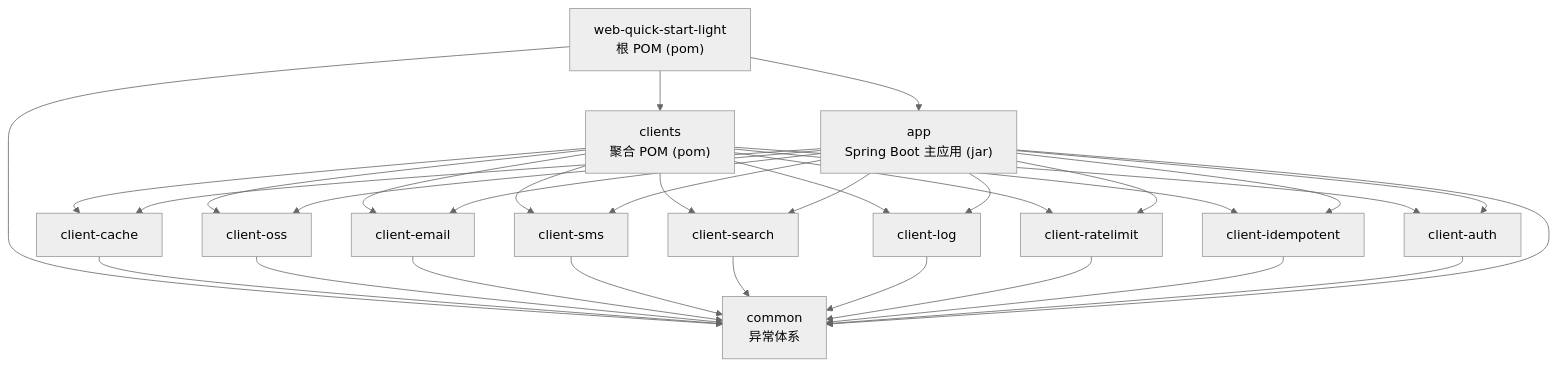
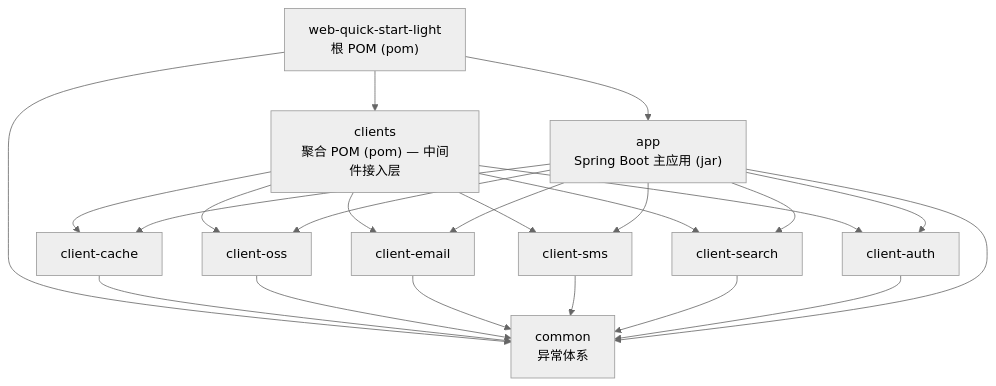
Before and after one commit to LeoNardo-LB/web-quick-start-light: the first of 2 diagrams in docs/architecture/module-structure.md, drawn with Mermaid (neutral theme). The commit also changed other lines of this file and 134 other files, not shown here.

````diff
--- a/docs/architecture/module-structure.md
+++ b/docs/architecture/module-structure.md
@@ -40,42 +38,33 @@
 ```mermaid
 graph TD
     ROOT["web-quick-start-light<br/>根 POM (pom)"]
     COMMON["common<br/>异常体系"]
-    CLIENTS["clients<br/>聚合 POM (pom)"]
+    CLIENTS["clients<br/>聚合 POM (pom) — 中间件接入层"]
     APP["app<br/>Spring Boot 主应用 (jar)"]
 
     ROOT --> COMMON
     ROOT --> CLIENTS
     ROOT --> APP
 
     CLIENTS --> CACHE["client-cache"]
     CLIENTS --> OSS["client-oss"]
     CLIENTS --> EMAIL["client-email"]
     CLIENTS --> SMS["client-sms"]
     CLIENTS --> SEARCH["client-search"]
-    CLIENTS --> LOG["client-log"]
-    CLIENTS --> RATE["client-ratelimit"]
-    CLIENTS --> IDEM["client-idempotent"]
     CLIENTS --> AUTH["client-auth"]
 
     CACHE --> COMMON
     OSS --> COMMON
     EMAIL --> COMMON
     SMS --> COMMON
     SEARCH --> COMMON
-    LOG --> COMMON
-    RATE --> COMMON
-    IDEM --> COMMON
     AUTH --> COMMON
 
     APP --> COMMON
     APP --> CACHE
     APP --> OSS
     APP --> EMAIL
     APP --> SMS
     APP --> SEARCH
-    APP --> LOG
-    APP --> RATE
-    APP --> IDEM
     APP --> AUTH
 ```
````
